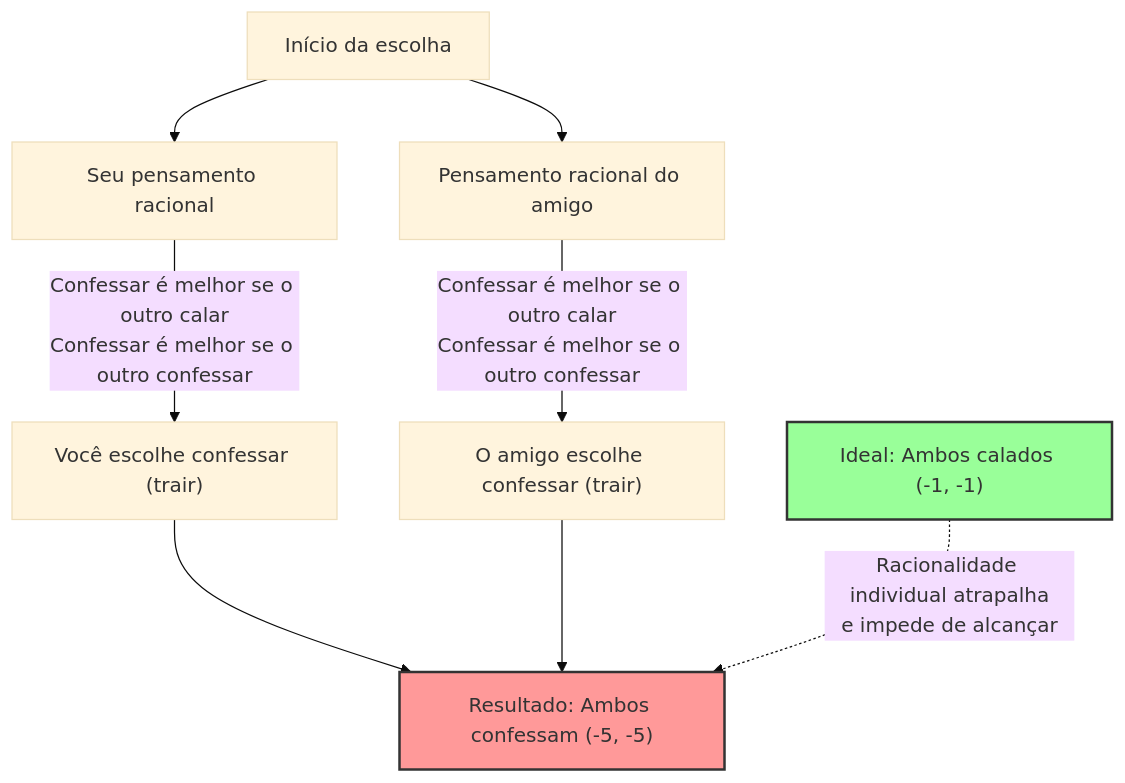
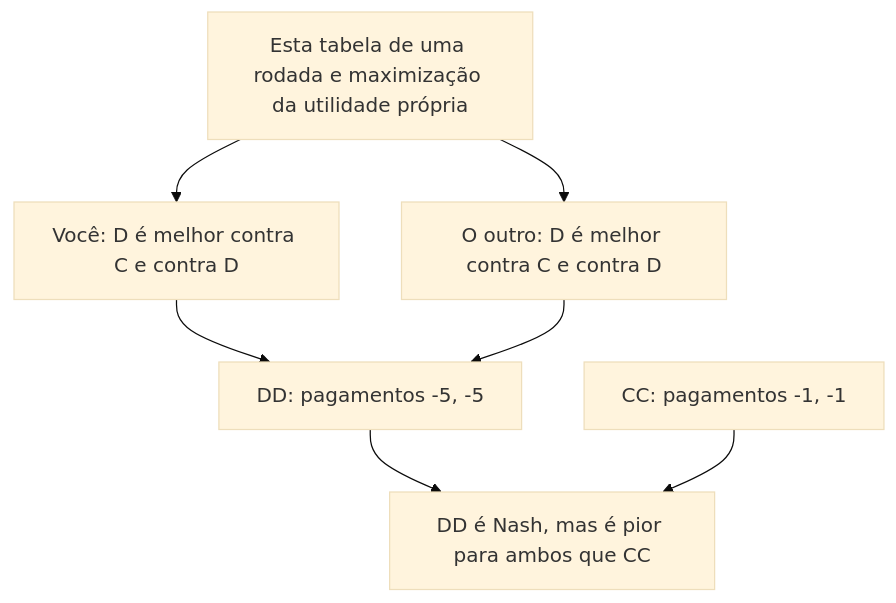
The first of 2 diagrams in content/post/囚人のジレンマ/index.pt.md (kenjinote/blog), drawn with Mermaid (base theme) before and after one commit. The commit also changed other lines of this file and 9 other files, not shown here.

````diff
--- a/content/post/囚人のジレンマ/index.pt.md
+++ b/content/post/囚人のジレンマ/index.pt.md
@@ -72,16 +87,9 @@
 ```mermaid
 graph TD
-    Start["Início da escolha"] --> Logic_You["Seu pensamento racional"]
-    Start --> Logic_Friend["Pensamento racional do amigo"]
-    
-    Logic_You -->|"Confessar é melhor se o outro calar<br>Confessar é melhor se o outro confessar"| Betray_You["Você escolhe confessar (trair)"]
-    Logic_Friend -->|"Confessar é melhor se o outro calar<br>Confessar é melhor se o outro confessar"| Betray_Friend["O amigo escolhe confessar (trair)"]
-    
-    Betray_You --> Result["Resultado: Ambos confessam (-5, -5)"]
-    Betray_Friend --> Result
-    
-    Ideal["Ideal: Ambos calados (-1, -1)"] -.->|"Racionalidade individual atrapalha<br>e impede de alcançar"| Result
-    
-    style Result fill:#ff9999,stroke:#333,stroke-width:2px
-    style Ideal fill:#99ff99,stroke:#333,stroke-width:2px
+    Model["Esta tabela de uma rodada e maximização da utilidade própria"] --> You["Você: D é melhor contra C e contra D"]
+    Model --> Other["O outro: D é melhor contra C e contra D"]
+    You --> DD["DD: pagamentos -5, -5"]
+    Other --> DD
+    DD --> Compare["DD é Nash, mas é pior para ambos que CC"]
+    CC["CC: pagamentos -1, -1"] --> Compare
 ```
````
